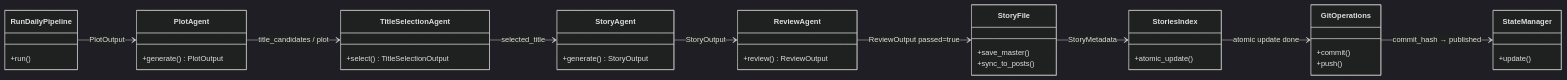
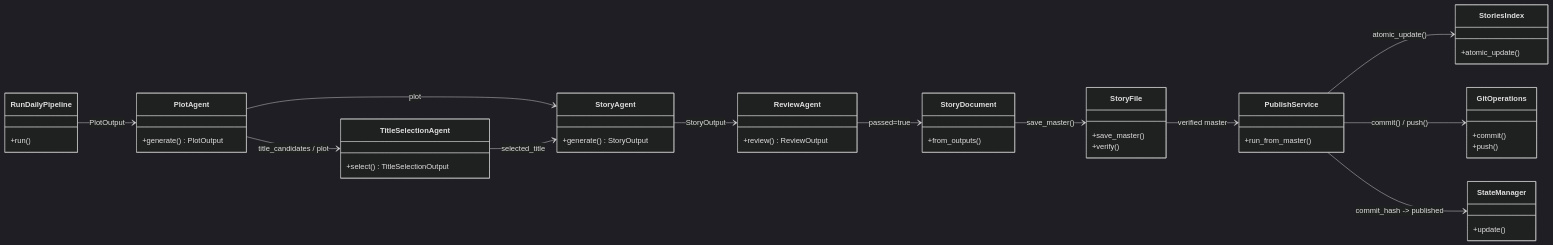
The second of 4 diagrams in class.md (garyohosu/writer), drawn with Mermaid (dark theme) before and after one commit. The commit also changed other lines of this file and 93 other files, not shown here.

````diff
--- a/class.md
+++ b/class.md
@@ -274,51 +333,62 @@
 ```mermaid
 classDiagram
     direction LR
 
     class RunDailyPipeline {
         +run()
     }
 
     class PlotAgent {
         +generate() PlotOutput
     }
 
     class TitleSelectionAgent {
         +select() TitleSelectionOutput
     }
 
     class StoryAgent {
         +generate() StoryOutput
     }
 
     class ReviewAgent {
         +review() ReviewOutput
     }
 
+    class StoryDocument {
+        +from_outputs()
+    }
+
     class StoryFile {
         +save_master()
-        +sync_to_posts()
+        +verify()
+    }
+
+    class PublishService {
+        +run_from_master()
     }
 
     class StoriesIndex {
         +atomic_update()
     }
 
     class GitOperations {
         +commit()
         +push()
     }
 
     class StateManager {
         +update()
     }
 
     RunDailyPipeline --> PlotAgent : PlotOutput
     PlotAgent --> TitleSelectionAgent : title_candidates / plot
+    PlotAgent --> StoryAgent : plot
     TitleSelectionAgent --> StoryAgent : selected_title
     StoryAgent --> ReviewAgent : StoryOutput
-    ReviewAgent --> StoryFile : ReviewOutput passed=true
-    StoryFile --> StoriesIndex : StoryMetadata
-    StoriesIndex --> GitOperations : atomic update done
-    GitOperations --> StateManager : commit_hash → published
+    ReviewAgent --> StoryDocument : passed=true
+    StoryDocument --> StoryFile : save_master()
+    StoryFile --> PublishService : verified master
+    PublishService --> StoriesIndex : atomic_update()
+    PublishService --> GitOperations : commit() / push()
+    PublishService --> StateManager : commit_hash -> published
 ```
````
